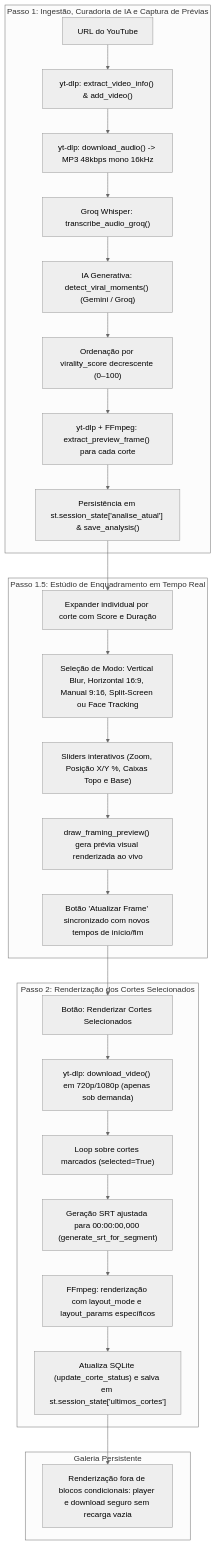
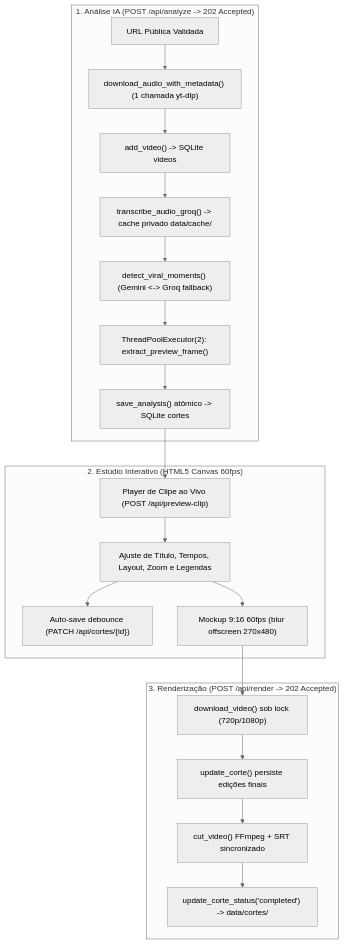
The diagram in docs/documentacao_tecnica.md (KaioBolsoni/EasyKut), drawn with Mermaid (neutral theme) before and after one commit. The commit also changed other lines of this file and 3 other files, not shown here.

````diff
--- a/docs/documentacao_tecnica.md
+++ b/docs/documentacao_tecnica.md
@@ -71,33 +31,25 @@
 ```mermaid
 flowchart TD
-    subgraph Passo1["Passo 1: Ingestão, Curadoria de IA e Captura de Prévias"]
-        A["URL do YouTube"] --> B["yt-dlp: extract_video_info() & add_video()"]
-        B --> C["yt-dlp: download_audio() -> MP3 48kbps mono 16kHz"]
-        C --> D["Groq Whisper: transcribe_audio_groq()"]
-        D --> E["IA Generativa: detect_viral_moments() (Gemini / Groq)"]
-        E --> F["Ordenação por virality_score decrescente (0–100)"]
-        F --> G["yt-dlp + FFmpeg: extract_preview_frame() para cada corte"]
-        G --> H["Persistência em st.session_state['analise_atual'] & save_analysis()"]
+    subgraph Analyze["1. Análise IA (POST /api/analyze -> 202 Accepted)"]
+        A["URL Pública Validada"] --> B["download_audio_with_metadata() (1 chamada yt-dlp)"]
+        B --> C["add_video() -> SQLite videos"]
+        C --> D["transcribe_audio_groq() -> cache privado data/cache/"]
+        D --> E["detect_viral_moments() (Gemini <-> Groq fallback)"]
+        E --> F["ThreadPoolExecutor(2): extract_preview_frame()"]
+        F --> G["save_analysis() atômico -> SQLite cortes"]
     end
 
-    subgraph Estudio["Passo 1.5: Estúdio de Enquadramento em Tempo Real"]
-        H --> I["Expander individual por corte com Score e Duração"]
-        I --> J["Seleção de Modo: Vertical Blur, Horizontal 16:9, Manual 9:16, Split-Screen ou Face Tracking"]
-        J --> K["Sliders interativos (Zoom, Posição X/Y %, Caixas Topo e Base)"]
-        K --> L["draw_framing_preview() gera prévia visual renderizada ao vivo"]
-        L --> M["Botão 'Atualizar Frame' sincronizado com novos tempos de início/fim"]
+    subgraph Studio["2. Estúdio Interativo (HTML5 Canvas 60fps)"]
+        G --> H["Player de Clipe ao Vivo (POST /api/preview-clip)"]
+        H --> I["Ajuste de Título, Tempos, Layout, Zoom e Legendas"]
+        I --> J["Auto-save debounce (PATCH /api/cortes/{id})"]
+        I --> K["Mockup 9:16 60fps (blur offscreen 270x480)"]
     end
 
-    subgraph Passo2["Passo 2: Renderização dos Cortes Selecionados"]
-        M --> N["Botão: Renderizar Cortes Selecionados"]
-        N --> O["yt-dlp: download_video() em 720p/1080p (apenas sob demanda)"]
-        O --> P["Loop sobre cortes marcados (selected=True)"]
-        P --> Q["Geração SRT ajustada para 00:00:00,000 (generate_srt_for_segment)"]
-        Q --> R["FFmpeg: renderização com layout_mode e layout_params específicos"]
-        R --> S["Atualiza SQLite (update_corte_status) e salva em st.session_state['ultimos_cortes']"]
-    end
-
-    subgraph Galeria["Galeria Persistente"]
-        S --> T["Renderização fora de blocos condicionais: player e download seguro sem recarga vazia"]
+    subgraph Render["3. Renderização (POST /api/render -> 202 Accepted)"]
+        K --> L["download_video() sob lock (720p/1080p)"]
+        L --> M["update_corte() persiste edições finais"]
+        M --> N["cut_video() FFmpeg + SRT sincronizado"]
+        N --> O["update_corte_status('completed') -> data/cortes/"]
     end
 ```
````
